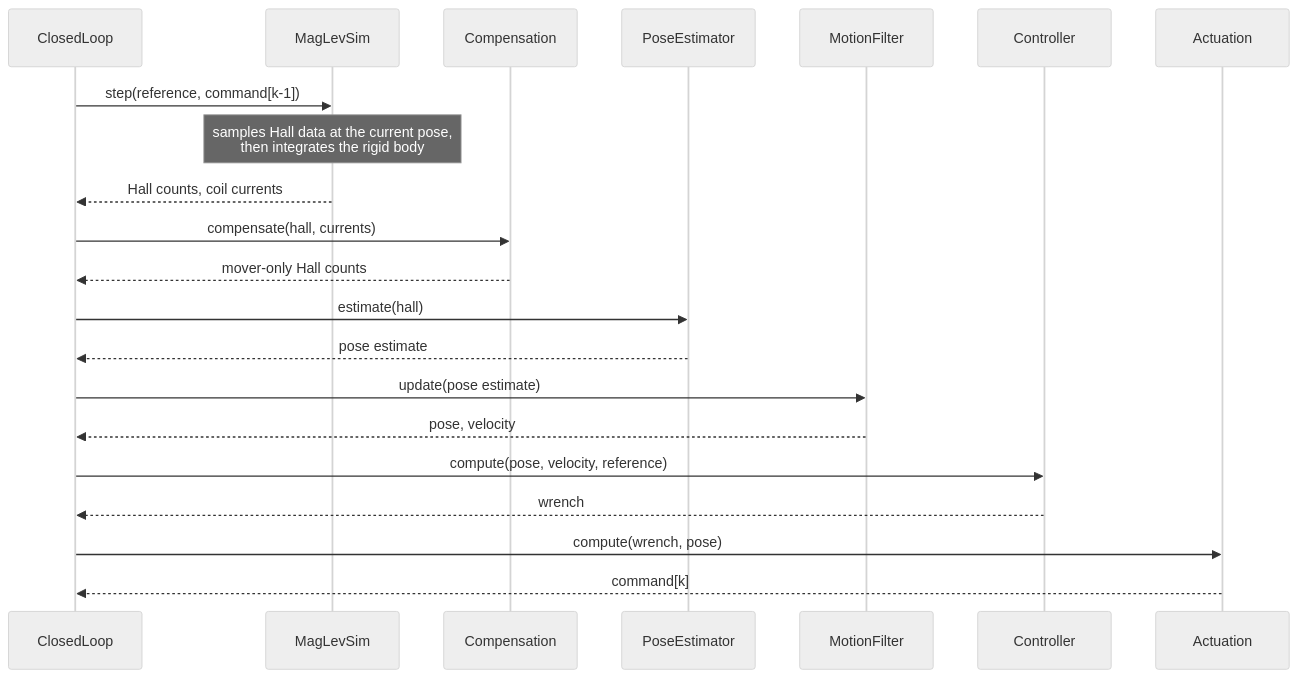
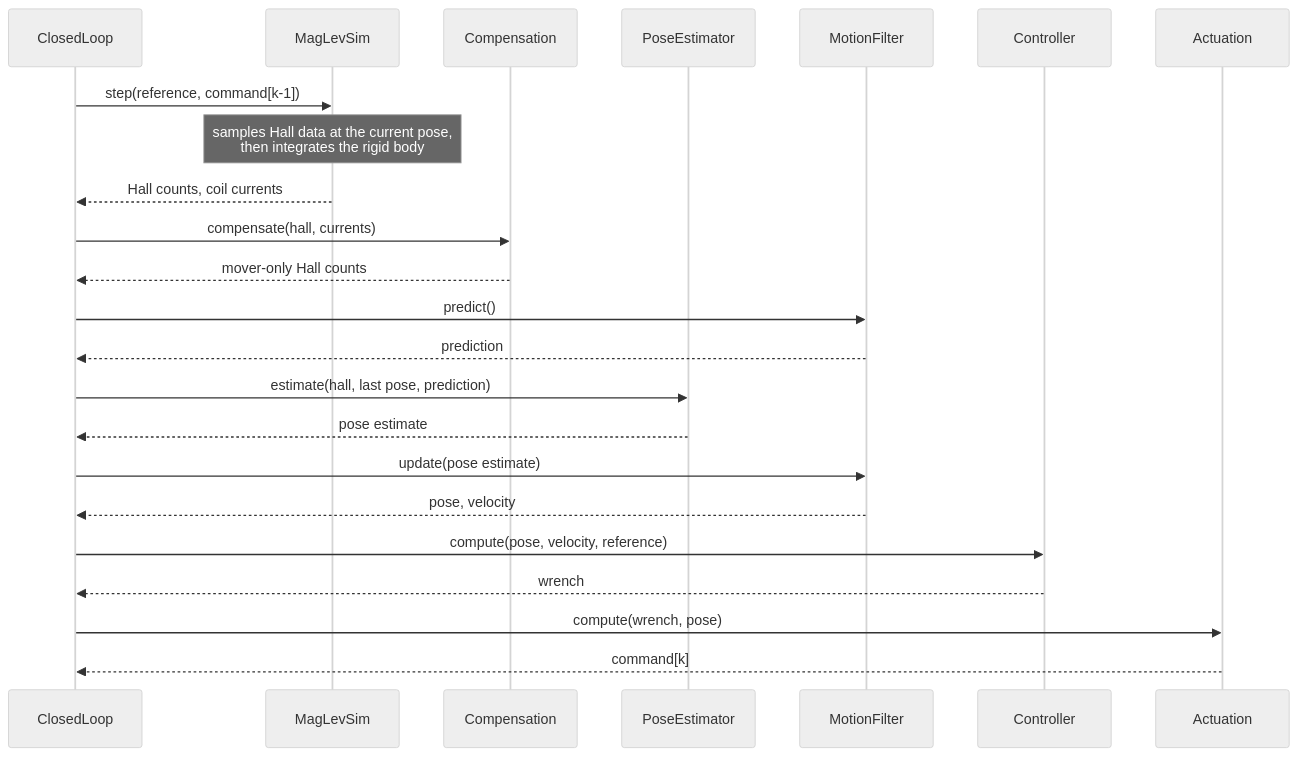
One commit to Verschnupft/MagLevClosedLoop changed the fourth of 5 diagrams in docs/architecture.md. Above: the diagram before and after it, drawn with Mermaid (neutral theme). The commit also changed other lines of this file and 12 other files, not shown here.

````diff
--- a/docs/architecture.md
+++ b/docs/architecture.md
@@ -207,24 +220,26 @@
 ```mermaid
 sequenceDiagram
   participant L as ClosedLoop
   participant S as MagLevSim
   participant C as Compensation
   participant E as PoseEstimator
   participant M as MotionFilter
   participant K as Controller
   participant A as Actuation
 
   L->>S: step(reference, command[k-1])
   Note over S: samples Hall data at the current pose,<br/>then integrates the rigid body
   S-->>L: Hall counts, coil currents
   L->>C: compensate(hall, currents)
   C-->>L: mover-only Hall counts
-  L->>E: estimate(hall)
+  L->>M: predict()
+  M-->>L: prediction
+  L->>E: estimate(hall, last pose, prediction)
   E-->>L: pose estimate
   L->>M: update(pose estimate)
   M-->>L: pose, velocity
   L->>K: compute(pose, velocity, reference)
   K-->>L: wrench
   L->>A: compute(wrench, pose)
   A-->>L: command[k]
 ```
````
